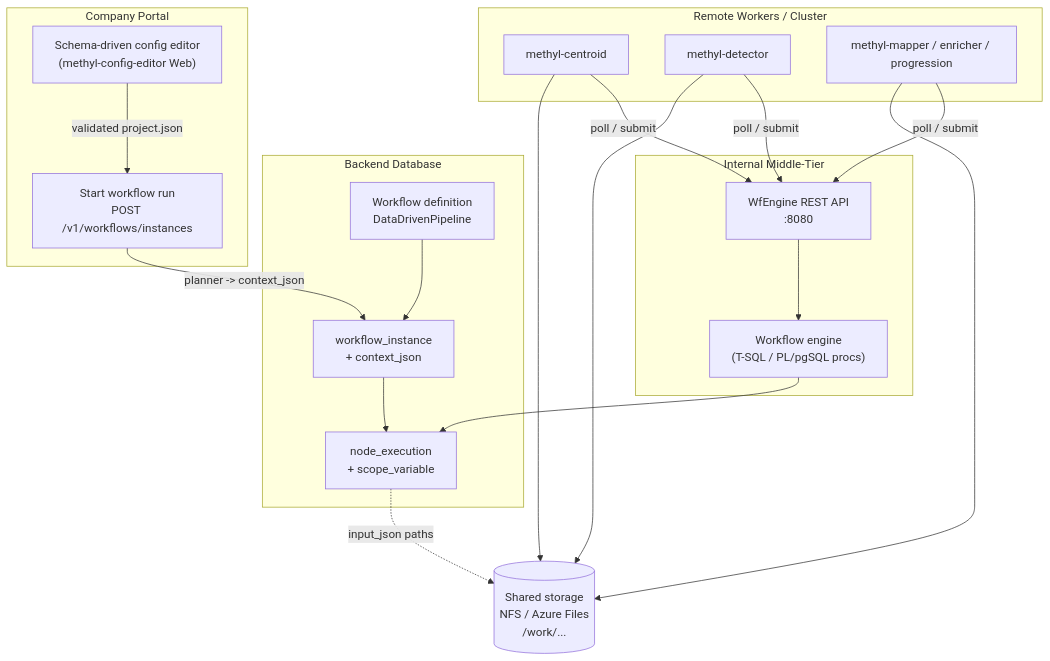
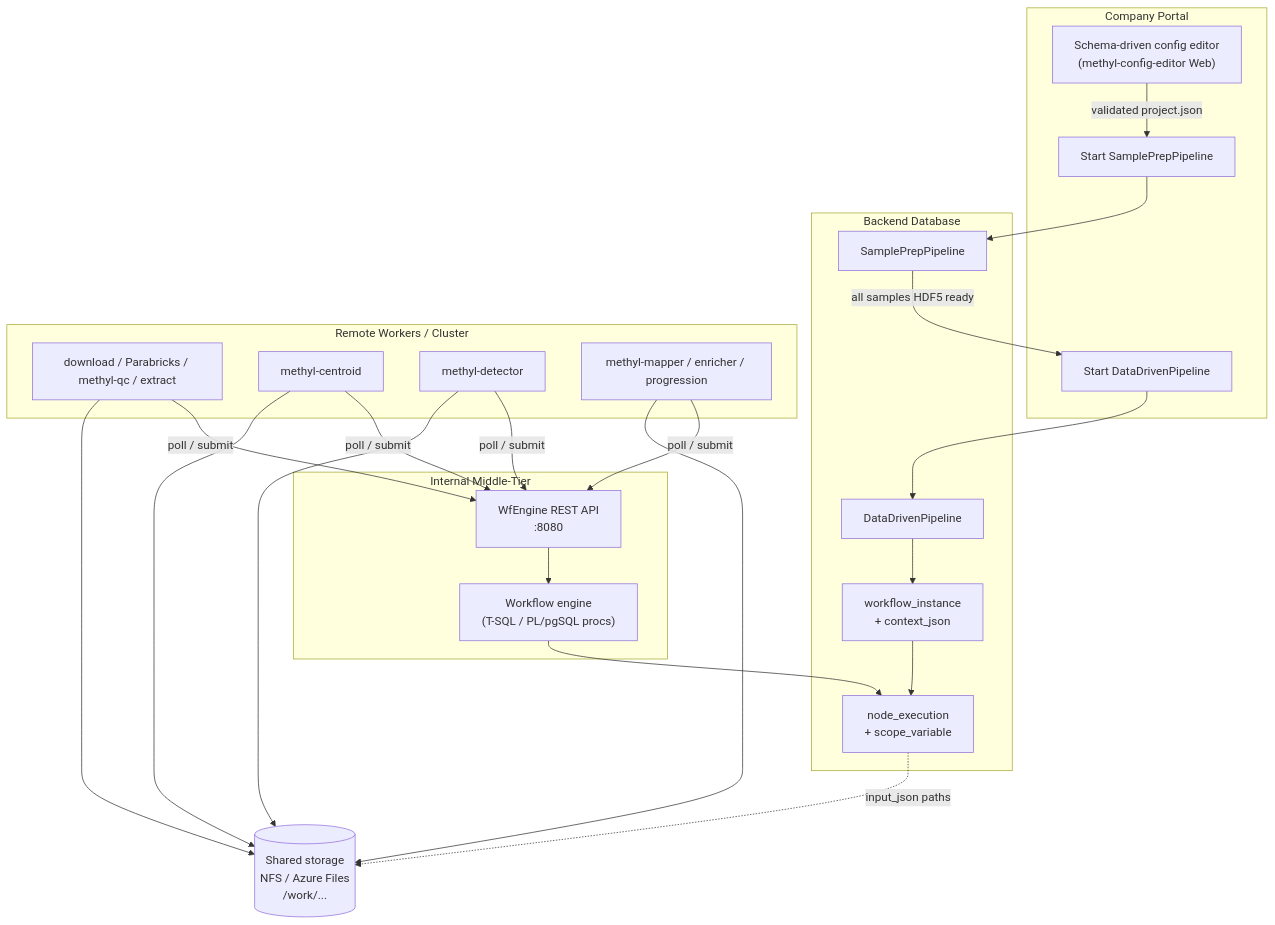
One commit to Goliath-Research/GoliathWorkflow changed the first of 12 diagrams in workflow_engine/docs/pipeline_architecture.md. Above: the diagram before and after it, drawn with Mermaid. The commit also changed other lines of this file and 12 other files, not shown here.

First line of the commit message:
Enhance SamplePrepPipeline documentation and workflow architecture

````diff
--- a/workflow_engine/docs/pipeline_architecture.md
+++ b/workflow_engine/docs/pipeline_architecture.md
@@ -24,36 +26,43 @@
 ```mermaid
 flowchart TB
   subgraph portal ["Company Portal"]
     editor["Schema-driven config editor<br/>(methyl-config-editor Web)"]
-    run["Start workflow run<br/>POST /v1/workflows/instances"]
+    runPrep["Start SamplePrepPipeline"]
+    runDdp["Start DataDrivenPipeline"]
   end
   subgraph database ["Backend Database"]
-    wfDef["Workflow definition<br/>DataDrivenPipeline"]
+    wfPrep["SamplePrepPipeline"]
+    wfDef["DataDrivenPipeline"]
     inst["workflow_instance<br/>+ context_json"]
     nexec["node_execution<br/>+ scope_variable"]
   end
   subgraph mt ["Internal Middle-Tier"]
     rest["WfEngine REST API<br/>:8080"]
     engine["Workflow engine<br/>(T-SQL / PL/pgSQL procs)"]
   end
   subgraph workers ["Remote Workers / Cluster"]
+    w0["download / Parabricks / methyl-qc / extract"]
     w1["methyl-centroid"]
     w2["methyl-detector"]
     w3["methyl-mapper / enricher / progression"]
   end
   storage[("Shared storage<br/>NFS / Azure Files<br/>/work/...")]
 
-  editor -->|"validated project.json"| run
-  run -->|"planner -> context_json"| inst
+  editor -->|"validated project.json"| runPrep
+  runPrep --> wfPrep
+  wfPrep -->|"all samples HDF5 ready"| runDdp
+  runDdp --> wfDef
   wfDef --> inst
   inst --> nexec
   rest --> engine
   engine --> nexec
+  w0 -->|"poll / submit"| rest
   w1 -->|"poll / submit"| rest
   w2 -->|"poll / submit"| rest
   w3 -->|"poll / submit"| rest
+  w0 --> storage
   w1 --> storage
   w2 --> storage
   w3 --> storage
   nexec -.->|"input_json paths"| storage
 ```
````
